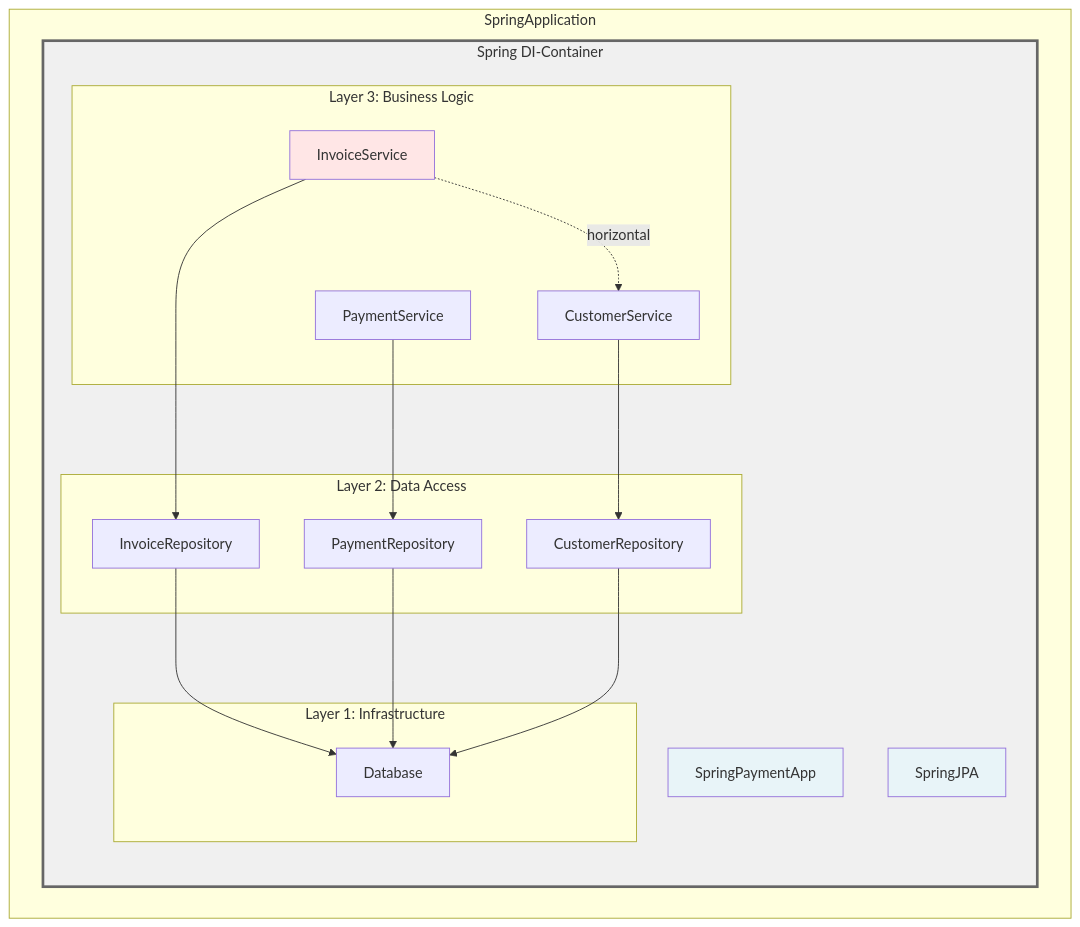
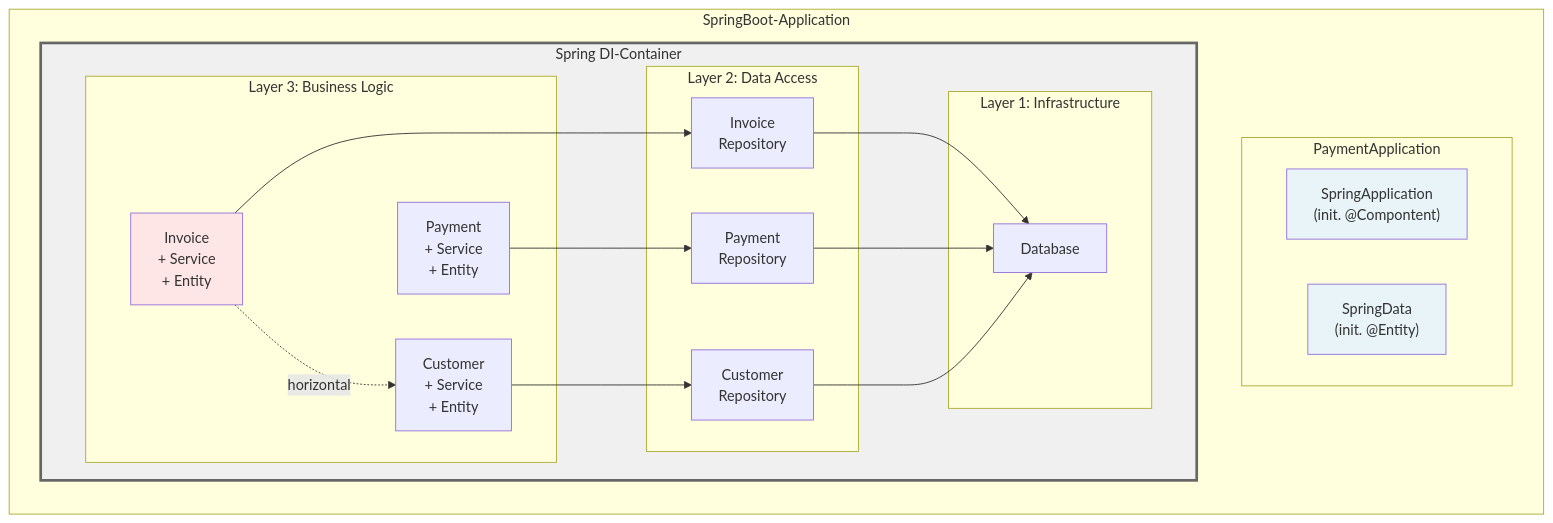
The second of 4 diagrams in blog/_draft/000_notes.md (andreas-wagner-dev/object-oriented-learning-journey), drawn with Mermaid before and after one commit. The commit also changed other lines of this file, not shown here.

````diff
--- a/blog/_draft/000_notes.md
+++ b/blog/_draft/000_notes.md
@@ -99,44 +101,48 @@
 ```mermaid
-graph TB
+graph LR
 
-    subgraph Spring["SpringApplication"]
+    subgraph LR Spring["SpringBoot-Application"]
+
+        subgraph Magic["PaymentApplication"]
+            App["SpringApplication<br>(init. @Compontent)"]
+            ORM["SpringData<br>(init. @Entity)"]
+        end
 
         subgraph Container["Spring DI-Container"]
     
-            App[SpringPaymentApp]
-            ORM[SpringJPA]
-    
             subgraph L3["Layer 3: Business Logic"]
-                Invoice[InvoiceService]
-                Payment[PaymentService]
-                Customer[CustomerService]
+                Invoice["Invoice<br/>+ Service<br/>+ Entity"]
+                Payment["Payment<br/>+ Service<br/>+ Entity"]
+                Customer["Customer<br/>+ Service<br/>+ Entity"]
             end
             
             subgraph L2["Layer 2: Data Access"]
-                InvoiceRepo[InvoiceRepository]
-                PaymentRepo[PaymentRepository]
-                CustomerRepo[CustomerRepository]
+                InvoiceRepo["Invoice<br/>Repository"]
+                PaymentRepo["Payment<br/>Repository"]
+                CustomerRepo["Customer<br/>Repository"]
             end
             
             subgraph L1["Layer 1: Infrastructure"]
                 DB[Database]
             end
+
         end
+
     end
     
     Invoice --> InvoiceRepo
     Invoice -.->|horizontal| Customer
     
     Payment --> PaymentRepo
     
     Customer --> CustomerRepo
     
     InvoiceRepo --> DB
     PaymentRepo --> DB
     CustomerRepo --> DB
 
     style Invoice fill:#ffe6e6
     style App fill:#e8f4f8
     style ORM fill:#e8f4f8
     style Container fill:#f0f0f0,stroke:#666,stroke-width:3px
 ```
````
